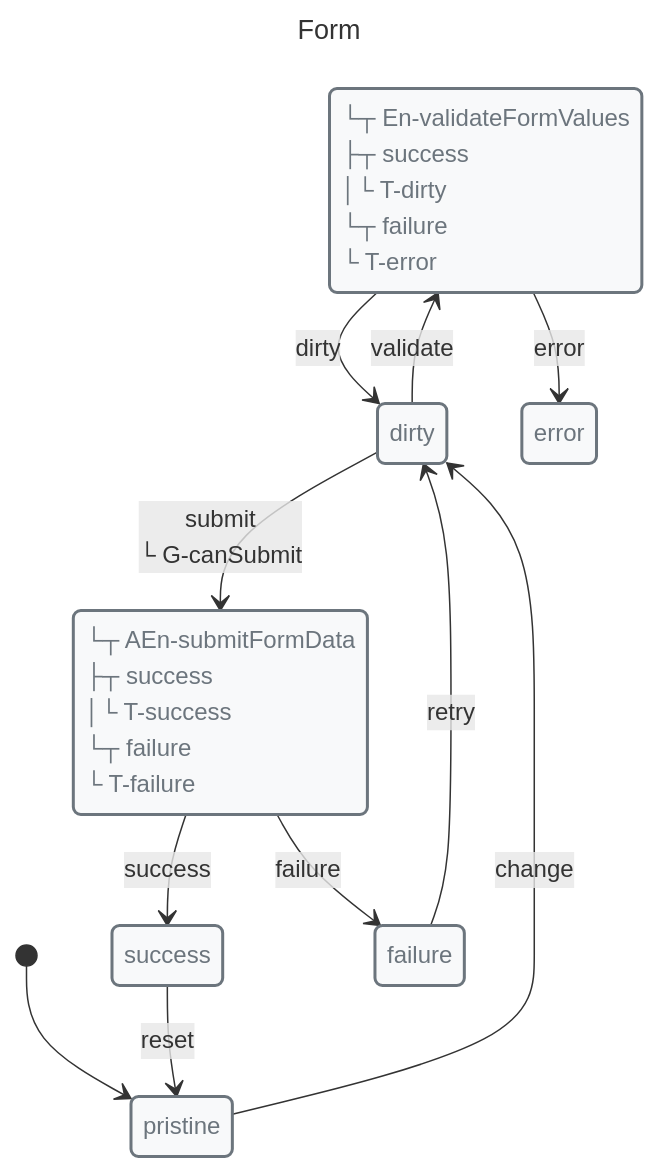
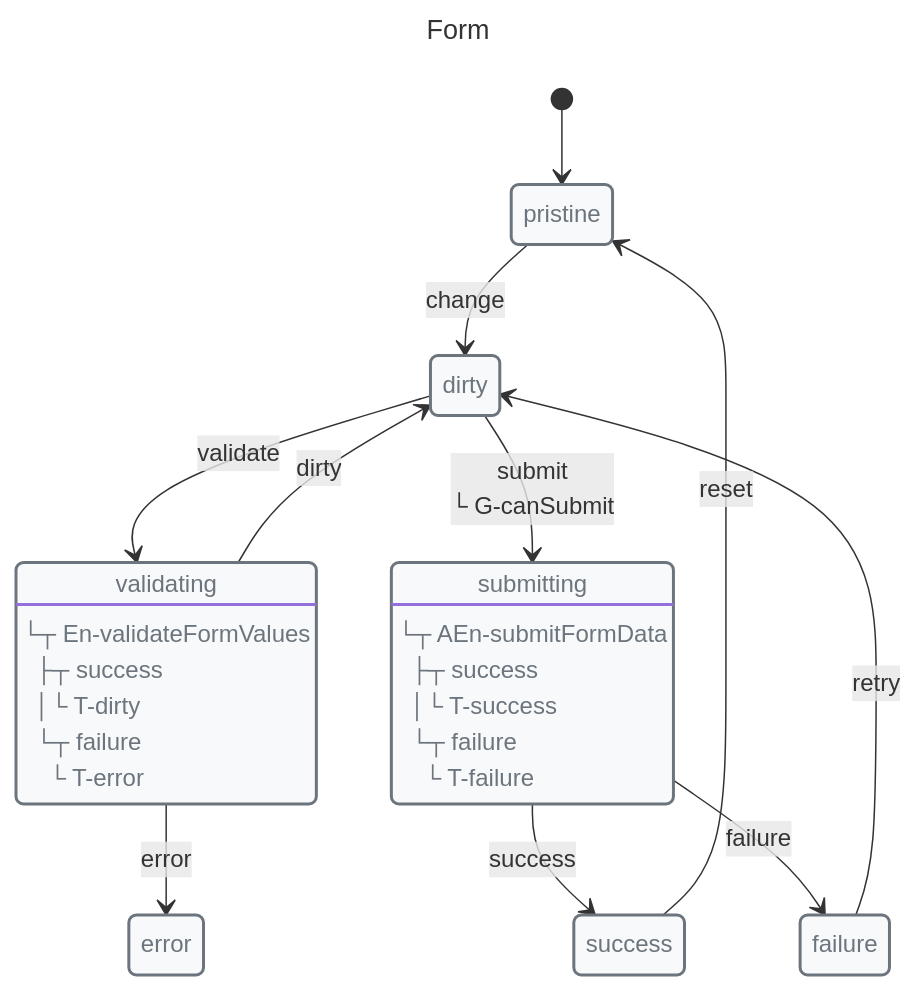
The fifth of 5 diagrams in docs/guides/getting-started.md (Masquerade-Circus/x-robot), drawn with Mermaid before and after one commit. The commit also changed other lines of this file and 123 other files, not shown here.

Commit message:
refactor: improve mermaid code

````diff
--- a/docs/guides/getting-started.md
+++ b/docs/guides/getting-started.md
@@ -217,43 +217,44 @@
 ```mermaid
 ---
 title: Form
 ---
 
 stateDiagram-v2
+direction TB
 
 classDef danger fill:#f8d7da,stroke:#721c24,stroke-width:2px,text-align:left,color:#721c24
 classDef warning fill:#fff3cd,stroke:#856404,stroke-width:2px,text-align:left,color:#856404
 classDef success fill:#d4edda,stroke:#155724,stroke-width:2px,text-align:left,color:#155724
 classDef primary fill:#cce5ff,stroke:#004085,stroke-width:2px,text-align:left,color:#004085
 classDef info fill:#d1ecf1,stroke:#0c5460,stroke-width:2px,text-align:left,color:#0c5460
 classDef def fill:#f8f9fa,stroke:#6c757d,stroke-width:2px,text-align:left,color:#6c757d
 
-state pristine
-state dirty
-state validating
-state submitting
-state success
-state failure
-state error
+state "pristine" as pristine
+state "dirty" as dirty
+state "validating" as validating
+state "submitting" as submitting
+state "success" as success
+state "failure" as failure
+state "error" as error
 class pristine def
 class dirty def
 class validating def
 class submitting def
 class success def
 class failure def
 class error def
 
-validating: └┬ En-validateFormValues<br> ├┬ success<br> │└ T-dirty<br> └┬ failure<br>  └ T-error
-submitting: └┬ AEn-submitFormData<br> ├┬ success<br> │└ T-success<br> └┬ failure<br>  └ T-failure
+validating: └┬ En-validateFormValues<br> ├┬ success<br> │└ T-dirty<br> └┬ failure<br>  └ T-error
+submitting: └┬ AEn-submitFormData<br> ├┬ success<br> │└ T-success<br> └┬ failure<br>  └ T-failure
 
 [*] --> pristine
 pristine --> dirty: change
 dirty --> validating: validate
 dirty --> submitting: submit<br>└ G-canSubmit
 validating --> dirty: dirty
 validating --> error: error
 submitting --> success: success
 submitting --> failure: failure
 success --> pristine: reset
 failure --> dirty: retry
 ```
````
